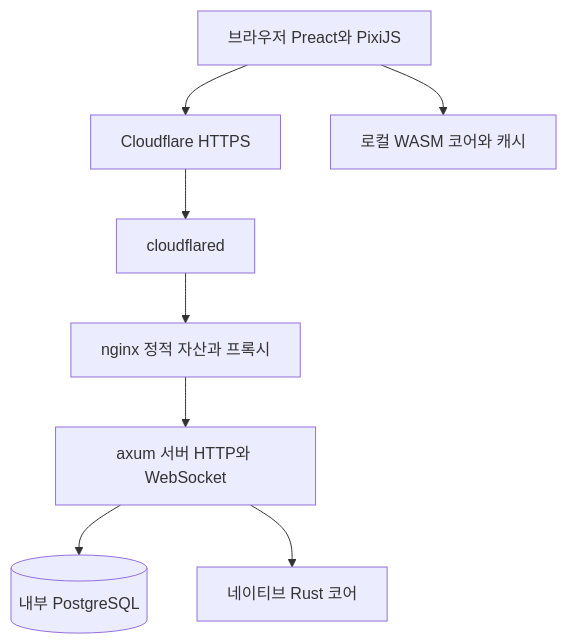
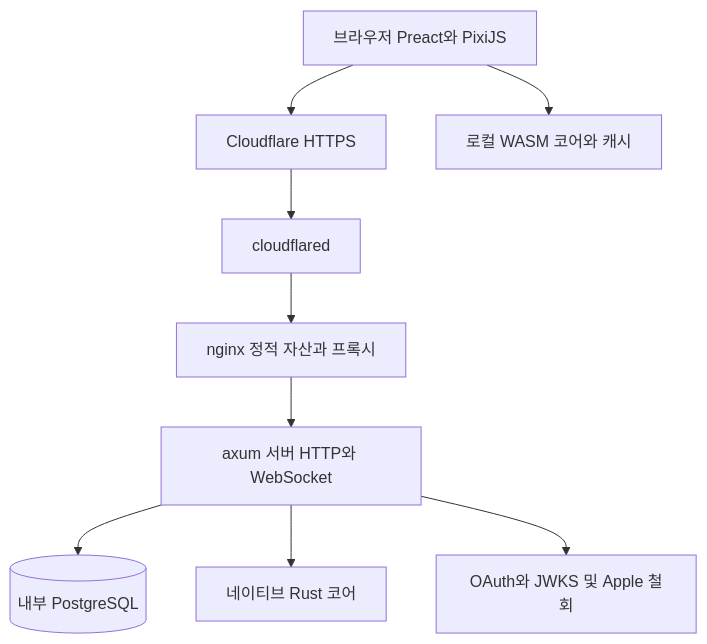
Before and after one commit to crystal23733/search-mine: the second of 3 diagrams in docs/design/01-architecture.md, drawn with Mermaid. The commit also changed other lines of this file and 20 other files, not shown here.

````diff
--- a/docs/design/01-architecture.md
+++ b/docs/design/01-architecture.md
@@ -19,10 +20,11 @@
 ```mermaid
 flowchart TD
   Browser[브라우저 Preact와 PixiJS] --> Edge[Cloudflare HTTPS]
   Edge --> Tunnel[cloudflared]
   Tunnel --> Nginx[nginx 정적 자산과 프록시]
   Nginx --> Api[axum 서버 HTTP와 WebSocket]
   Api --> DB[(내부 PostgreSQL)]
   Browser --> Wasm[로컬 WASM 코어와 캐시]
   Api --> Core[네이티브 Rust 코어]
+  Api --> Providers[OAuth와 JWKS 및 Apple 철회]
 ```
````
